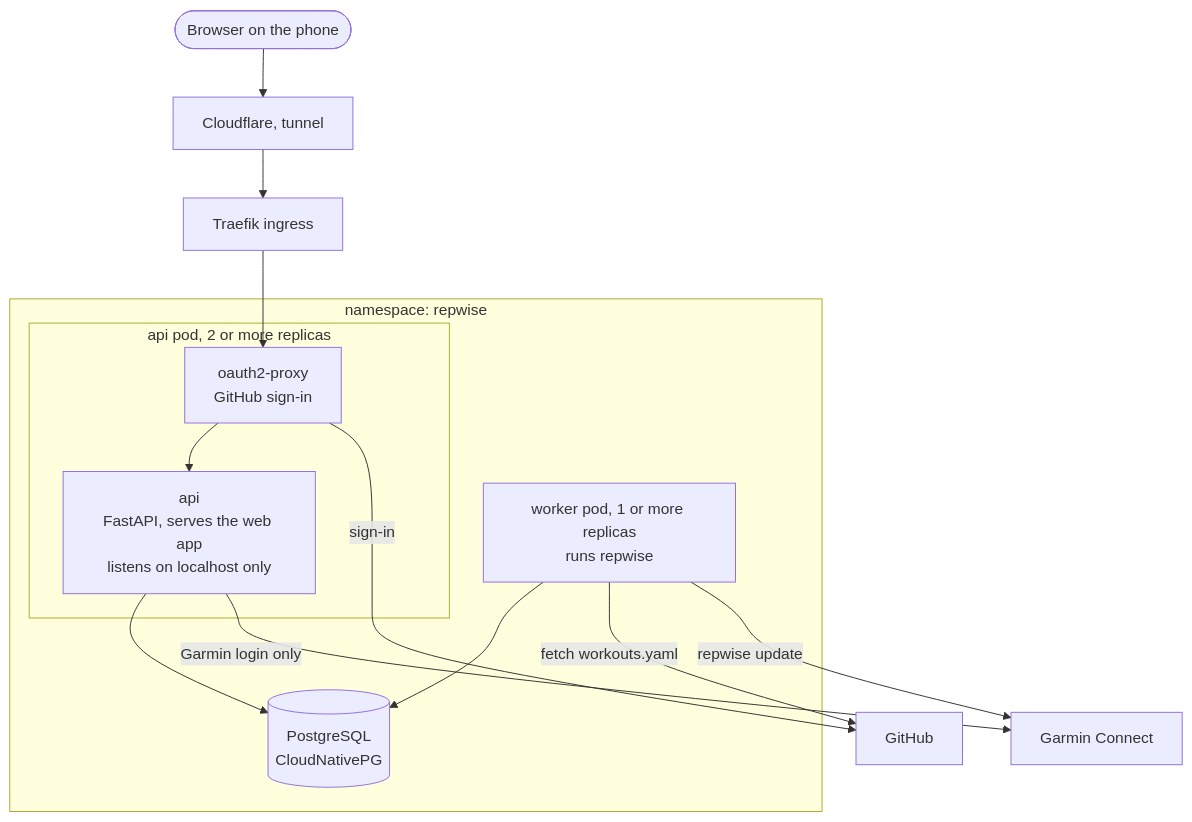
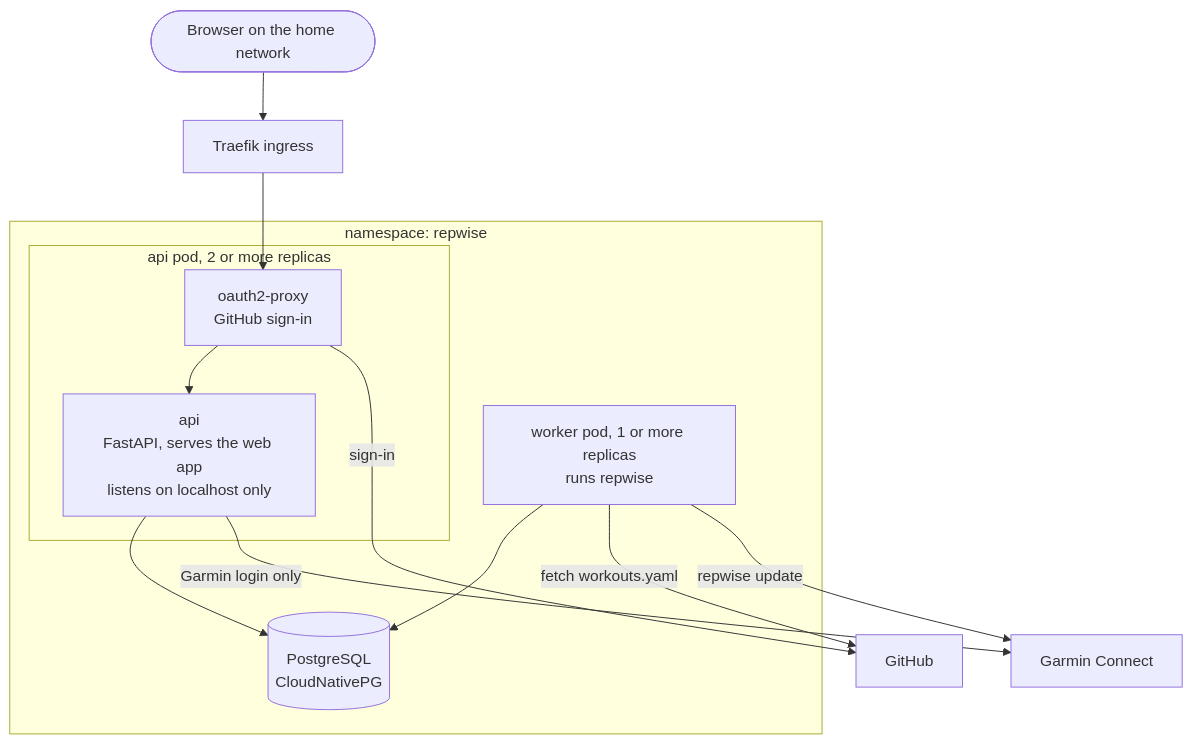
The first of 6 diagrams in PLAN.md (theadzik/repwise), drawn with Mermaid before and after one commit. The commit also changed other lines of this file and 1 other file, not shown here.

````diff
--- a/PLAN.md
+++ b/PLAN.md
@@ -92,25 +100,24 @@
 ```mermaid
 flowchart TB
-    phone(["Browser on the phone"]) --> cf["Cloudflare, tunnel"]
-    cf --> traefik["Traefik ingress"]
+    phone(["Browser on the home network"]) --> traefik["Traefik ingress"]
 
     subgraph ns["namespace: repwise"]
         subgraph apipod["api pod, 2 or more replicas"]
             proxy["oauth2-proxy<br/>GitHub sign-in"]
             api["api<br/>FastAPI, serves the web app<br/>listens on localhost only"]
         end
         worker["worker pod, 1 or more replicas<br/>runs repwise"]
         pg[("PostgreSQL<br/>CloudNativePG")]
     end
 
     github["GitHub"]
     garmin["Garmin Connect"]
 
     traefik --> proxy --> api
     proxy -->|"sign-in"| github
     api --> pg
     worker --> pg
     worker -->|"fetch workouts.yaml"| github
     worker -->|"repwise update"| garmin
     api -->|"Garmin login only"| garmin
 ```
````
